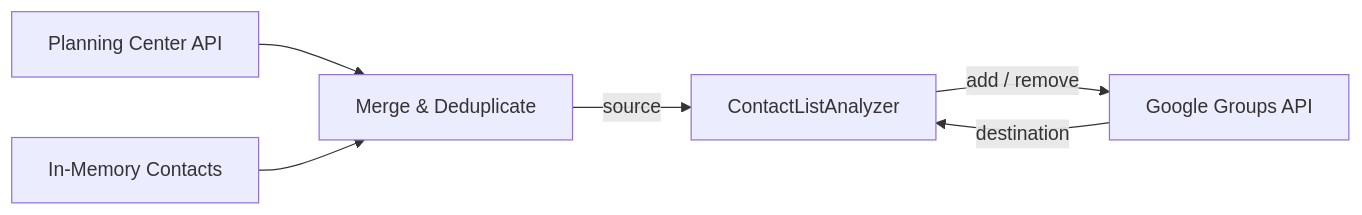
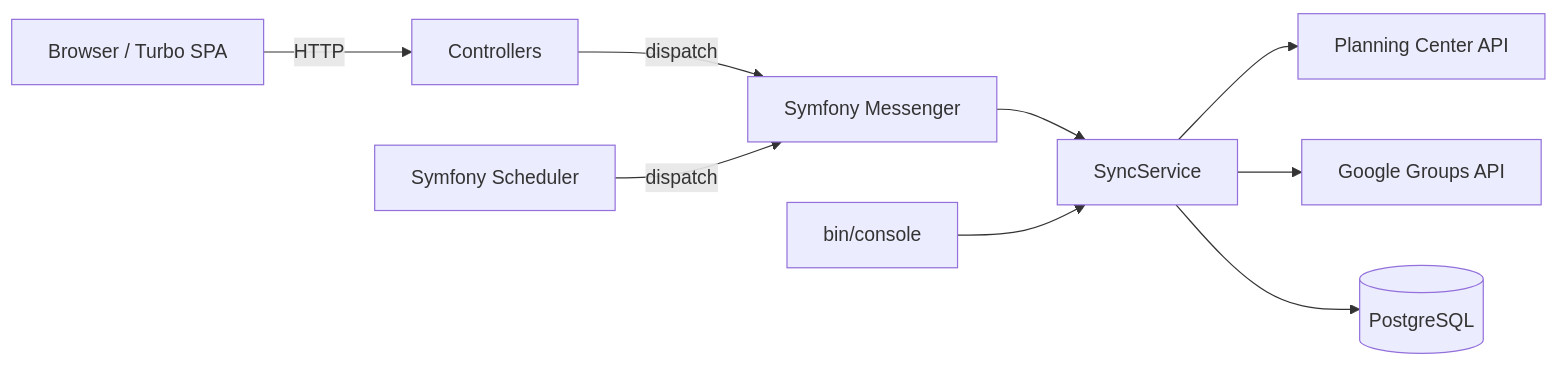
One commit to nrutman/contacts-sync-web changed the first of 2 diagrams in src/README.md. Above: the diagram before and after it, drawn with Mermaid. The commit also changed other lines of this file and 14 other files, not shown here.

````diff
--- a/src/README.md
+++ b/src/README.md
@@ -7,8 +7,11 @@
 ```mermaid
 flowchart LR
-    PC[Planning Center API] --> Merge[Merge & Deduplicate]
-    Mem[In-Memory Contacts] --> Merge
-    Merge -->|source| Diff[ContactListAnalyzer]
-    Google[Google Groups API] -->|destination| Diff
-    Diff -->|add / remove| Google
+    Browser[Browser / Turbo SPA] -->|HTTP| Controllers
+    Controllers -->|dispatch| Messenger[Symfony Messenger]
+    Messenger --> SyncService
+    CLI[bin/console] --> SyncService
+    SyncService --> PC[Planning Center API]
+    SyncService --> Google[Google Groups API]
+    SyncService --> DB[(PostgreSQL)]
+    Scheduler[Symfony Scheduler] -->|dispatch| Messenger
 ```
````
